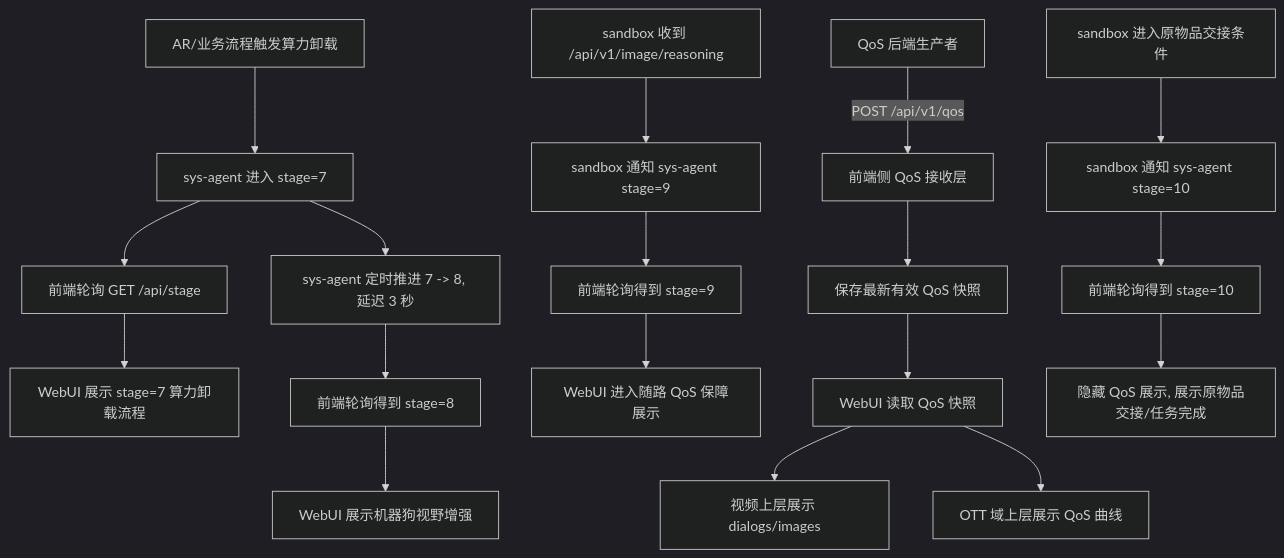
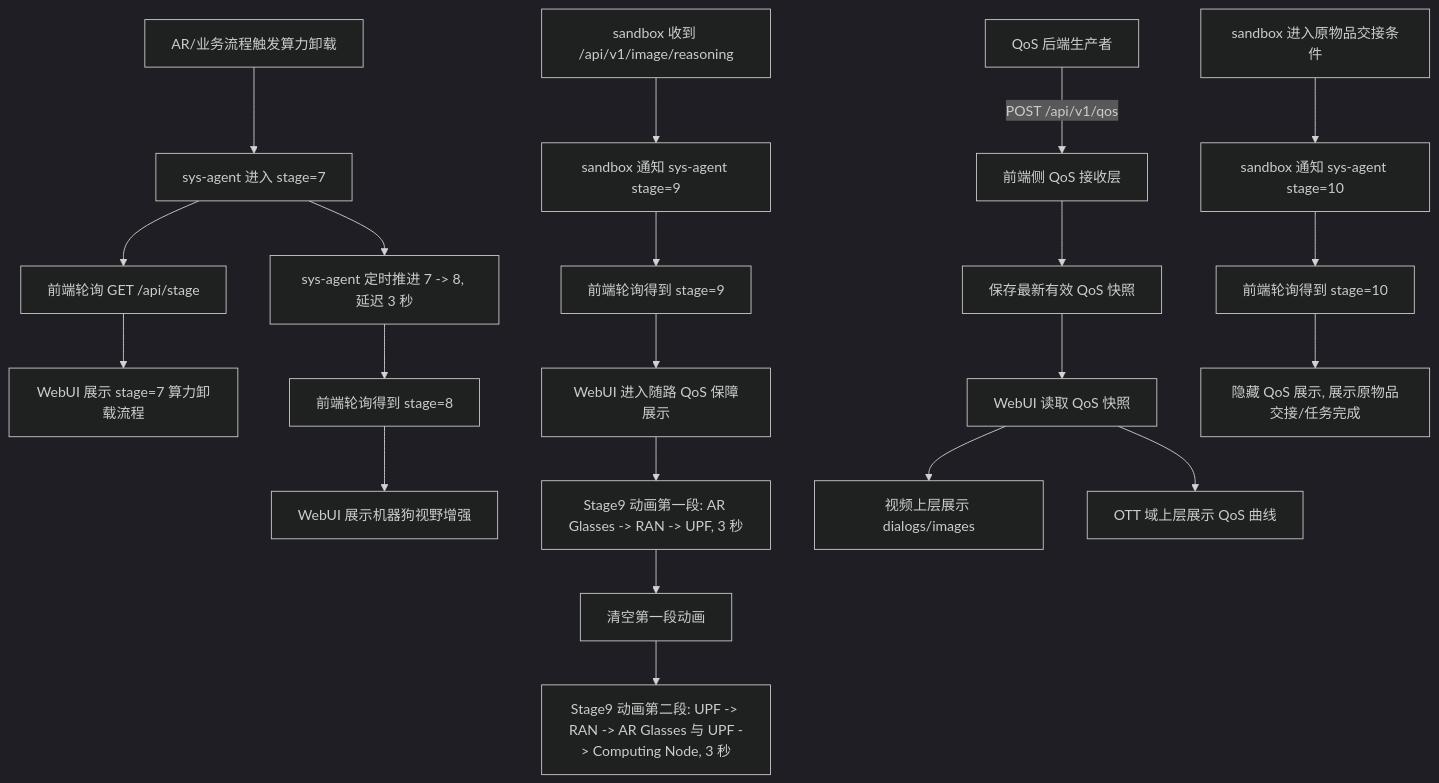
Before and after one commit to 6g-core/compute-webui: the second of 4 diagrams in docs/superpowers/specs/2026-07-28-qos-stage9-design.md, drawn with Mermaid (dark theme). The commit also changed other lines of this file, not shown here.

Commit message:
Extend QoS stage 9 animation design

````diff
--- a/docs/superpowers/specs/2026-07-28-qos-stage9-design.md
+++ b/docs/superpowers/specs/2026-07-28-qos-stage9-design.md
@@ -76,23 +77,26 @@
 ```mermaid
 flowchart TD
     A[AR/业务流程触发算力卸载] --> B[sys-agent 进入 stage=7]
     B --> C[前端轮询 GET /api/stage]
     C --> D[WebUI 展示 stage=7 算力卸载流程]
     B --> E[sys-agent 定时推进 7 -> 8, 延迟 3 秒]
     E --> F[前端轮询得到 stage=8]
     F --> G[WebUI 展示机器狗视野增强]
 
     H[sandbox 收到 /api/v1/image/reasoning] --> I[sandbox 通知 sys-agent stage=9]
     I --> J[前端轮询得到 stage=9]
     J --> K[WebUI 进入随路 QoS 保障展示]
+    K --> K1[Stage9 动画第一段: AR Glasses -> RAN -> UPF, 3 秒]
+    K1 --> K2[清空第一段动画]
+    K2 --> K3[Stage9 动画第二段: UPF -> RAN -> AR Glasses 与 UPF -> Computing Node, 3 秒]
 
     Q[QoS 后端生产者] -->|POST /api/v1/qos| R[前端侧 QoS 接收层]
     R --> S[保存最新有效 QoS 快照]
     S --> T[WebUI 读取 QoS 快照]
     T --> U[视频上层展示 dialogs/images]
     T --> V[OTT 域上层展示 QoS 曲线]
 
     W[sandbox 进入原物品交接条件] --> X[sandbox 通知 sys-agent stage=10]
     X --> Y[前端轮询得到 stage=10]
     Y --> Z[隐藏 QoS 展示, 展示原物品交接/任务完成]
 ```
````
